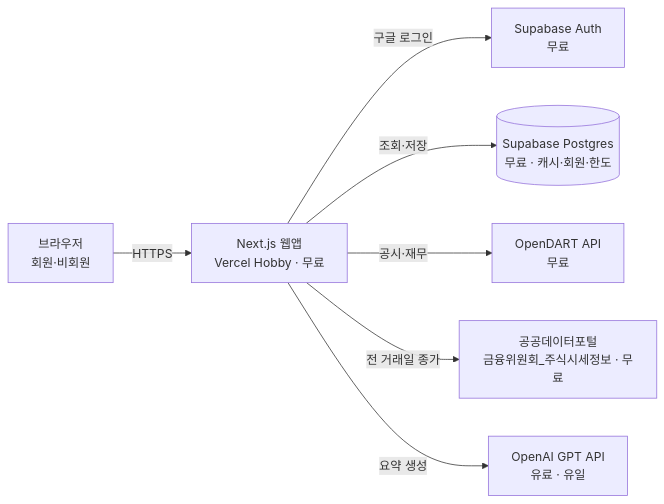
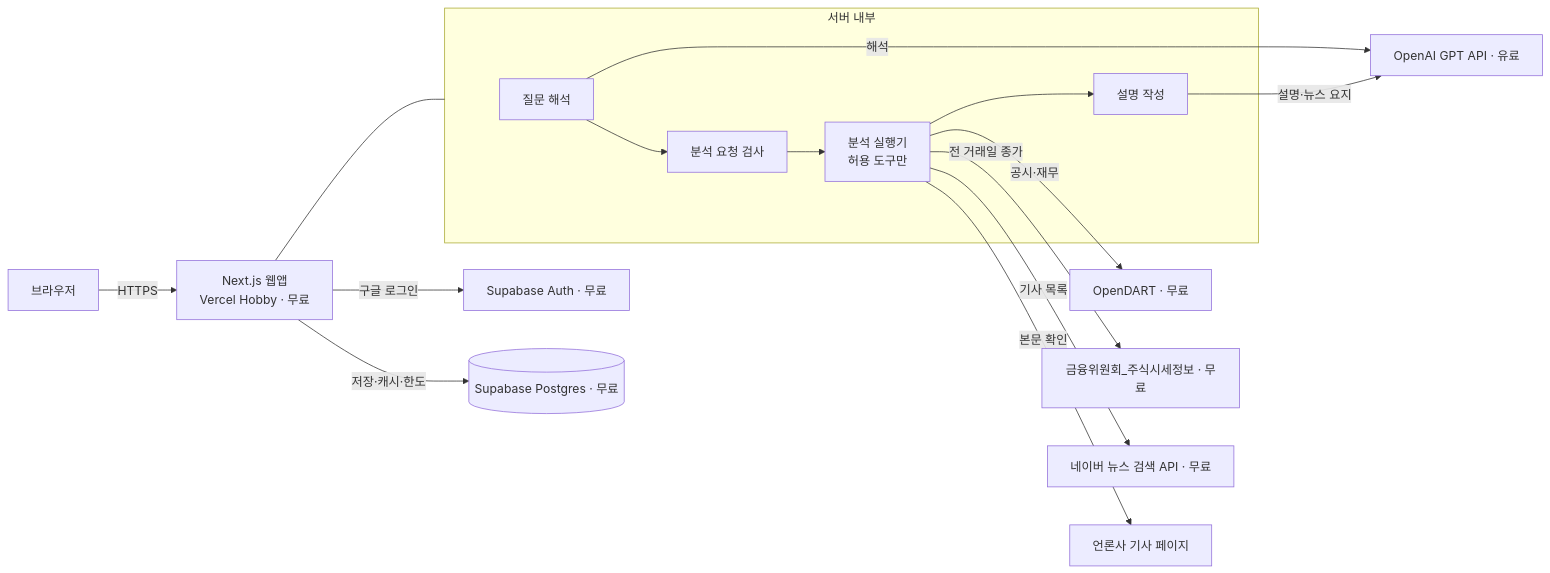
The first of 2 diagrams in DevelopDoc/TECH_SPEC.md (Benji5526/project_sleepyheads), drawn with Mermaid before and after one commit. The commit also changed other lines of this file and 3 other files, not shown here.

````diff
--- a/DevelopDoc/TECH_SPEC.md
+++ b/DevelopDoc/TECH_SPEC.md
@@ -33,9 +36,18 @@
 ```mermaid
 flowchart LR
-    U[브라우저<br/>회원·비회원] -->|HTTPS| W[Next.js 웹앱<br/>Vercel Hobby · 무료]
-    W -->|구글 로그인| A[Supabase Auth<br/>무료]
-    W -->|조회·저장| D[(Supabase Postgres<br/>무료 · 캐시·회원·한도)]
-    W -->|공시·재무| O[OpenDART API<br/>무료]
-    W -->|전 거래일 종가| P[공공데이터포털<br/>금융위원회_주식시세정보 · 무료]
-    W -->|요약 생성| L[OpenAI GPT API<br/>유료 · 유일]
+    U[브라우저] -->|HTTPS| W[Next.js 웹앱<br/>Vercel Hobby · 무료]
+    W -->|구글 로그인| A[Supabase Auth · 무료]
+    W -->|저장·캐시·한도| D[(Supabase Postgres · 무료)]
+    subgraph S[서버 내부]
+      I[질문 해석] --> V[분석 요청 검사]
+      V --> X[분석 실행기<br/>허용 도구만]
+      X --> E[설명 작성]
+    end
+    W --- S
+    X -->|공시·재무| O[OpenDART · 무료]
+    X -->|전 거래일 종가| P[금융위원회_주식시세정보 · 무료]
+    X -->|기사 목록| N[네이버 뉴스 검색 API · 무료]
+    X -->|본문 확인| C[언론사 기사 페이지]
+    I -->|해석| L[OpenAI GPT API · 유료]
+    E -->|설명·뉴스 요지| L
 ```
````
